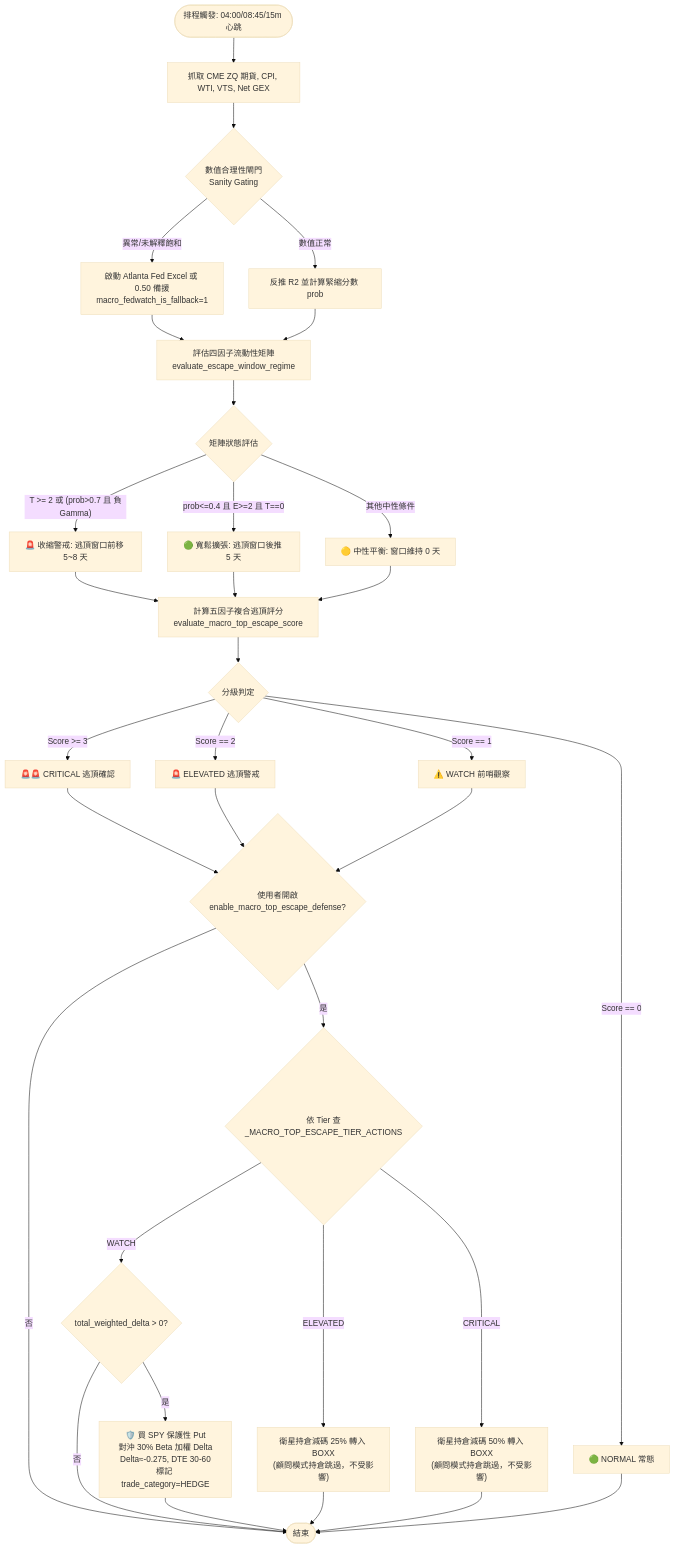
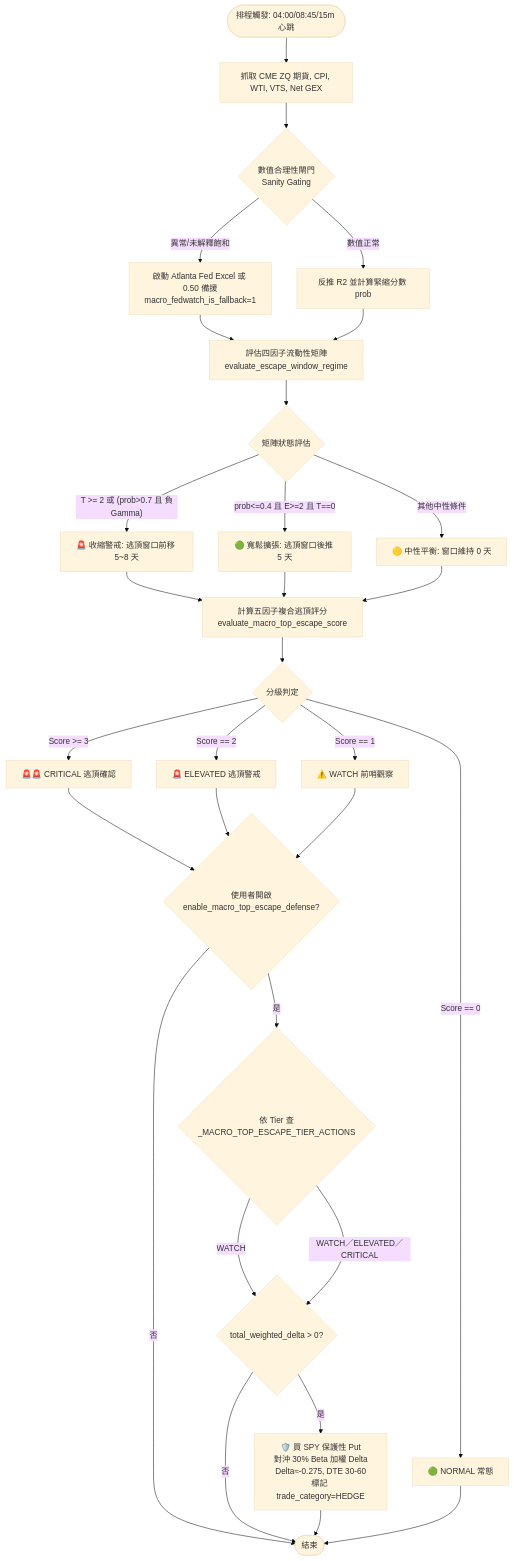
Before and after one commit to cosmo-chang-1701/nexus-seeker: the diagram in docs/macro_sentiment/01_macro_escape_top_matrix.md, drawn with Mermaid (base theme). The commit also changed other lines of this file and 12 other files, not shown here.

````diff
--- a/docs/macro_sentiment/01_macro_escape_top_matrix.md
+++ b/docs/macro_sentiment/01_macro_escape_top_matrix.md
@@ -133,45 +120,42 @@
 ```mermaid
 flowchart TD
     Start([排程觸發: 04:00/08:45/15m 心跳]) --> FetchMacro[抓取 CME ZQ 期貨, CPI, WTI, VTS, Net GEX]
     FetchMacro --> SanityCheck{"數值合理性閘門<br/>Sanity Gating"}
 
     SanityCheck -- 異常/未解釋飽和 --> FallbackState["啟動 Atlanta Fed Excel 或 0.50 備援<br/>macro_fedwatch_is_fallback=1"]
     SanityCheck -- 數值正常 --> CalculateProb[反推 R2 並計算緊縮分數 prob]
 
     FallbackState --> EscapeRegime["評估四因子流動性矩陣<br/>evaluate_escape_window_regime"]
     CalculateProb --> EscapeRegime
 
     EscapeRegime --> WindowShift{矩陣狀態評估}
     WindowShift -- "T >= 2 或 (prob>0.7 且 負Gamma)" --> ShiftEarly[🚨 收縮警戒: 逃頂窗口前移 5~8 天]
     WindowShift -- "prob<=0.4 且 E>=2 且 T==0" --> ShiftLate[🟢 寬鬆擴張: 逃頂窗口後推 5 天]
     WindowShift -- 其他中性條件 --> ShiftNeutral[🟡 中性平衡: 窗口維持 0 天]
 
     ShiftEarly --> TopEscapeScore["計算五因子複合逃頂評分<br/>evaluate_macro_top_escape_score"]
     ShiftLate --> TopEscapeScore
     ShiftNeutral --> TopEscapeScore
 
     TopEscapeScore --> CheckTier{分級判定}
     CheckTier -- "Score >= 3" --> CriticalTier[🚨🚨 CRITICAL 逃頂確認]
     CheckTier -- "Score == 2" --> ElevatedTier[🚨 ELEVATED 逃頂警戒]
     CheckTier -- "Score == 1" --> WatchTier[⚠️ WATCH 前哨觀察]
     CheckTier -- "Score == 0" --> NormalTier[🟢 NORMAL 常態]
 
     CriticalTier --> Scenario6Gate{"使用者開啟<br/>enable_macro_top_escape_defense?"}
     ElevatedTier --> Scenario6Gate
     WatchTier --> Scenario6Gate
 
     Scenario6Gate -- 否 --> EndReport[僅呈現終端 Embed 警報]
     Scenario6Gate -- 是 --> TierAction{"依 Tier 查<br/>_MACRO_TOP_ESCAPE_TIER_ACTIONS"}
 
     TierAction -- WATCH --> DeltaCheck{"total_weighted_delta > 0?"}
     DeltaCheck -- 否 --> EndReport
     DeltaCheck -- 是 --> BuyPut["🛡️ 買 SPY 保護性 Put<br/>對沖 30% Beta 加權 Delta<br/>Delta≈-0.275, DTE 30-60<br/>標記 trade_category=HEDGE"]
 
-    TierAction -- ELEVATED --> Trim25["衛星持倉減碼 25% 轉入 BOXX<br/>(顧問模式持倉跳過，不受影響)"]
-    TierAction -- CRITICAL --> Trim50["衛星持倉減碼 50% 轉入 BOXX<br/>(顧問模式持倉跳過，不受影響)"]
+    TierAction -- "WATCH／ELEVATED／CRITICAL" --> DeltaCheck
 
     NormalTier --> EndReport
     BuyPut --> EndReport([結束])
-    Trim25 --> EndReport
-    Trim50 --> EndReport
 ```
````
